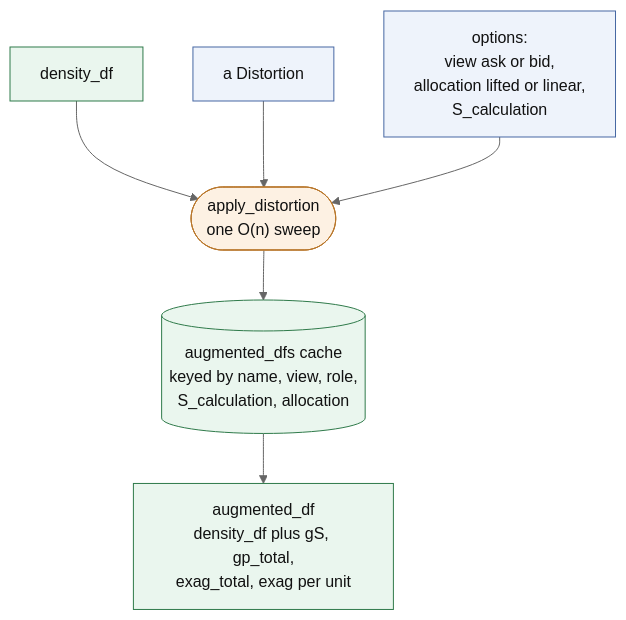
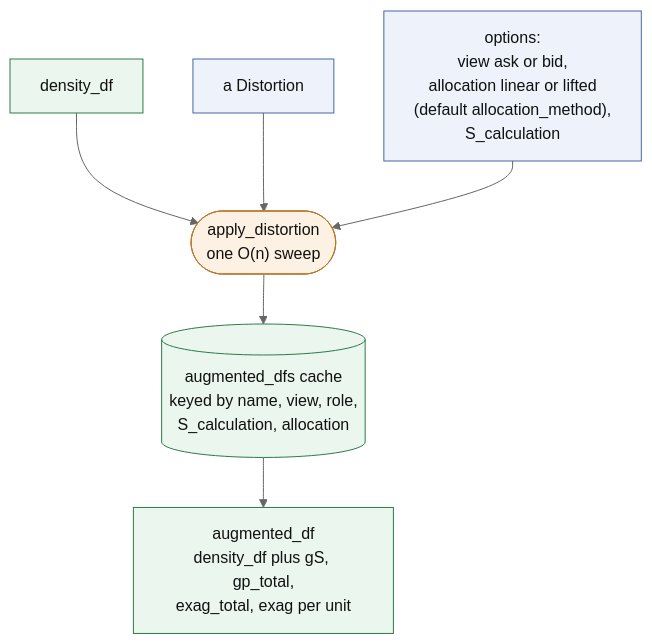
The diagram in docs/flow/_use-pricing-augmented.md (mynl/aggregate), drawn with Mermaid (neutral theme) before and after one commit. The commit also changed other lines of this file and 17 other files, not shown here.

Commit message:
[Allocation-Default-Linear] a265: the pentagon surface honors allocation_method, and ccoc allocates on an unbounded book at a finite anchor

````diff
--- a/docs/flow/_use-pricing-augmented.md
+++ b/docs/flow/_use-pricing-augmented.md
@@ -5,25 +5,25 @@
 ```{mermaid}
 %%| label: fig-augmented
 %%| fig-cap: "One frame per option set, all asset levels, cached until the density changes."
 flowchart TD
     dens["density_df"]
     dist["a Distortion"]
-    opts["options:<br/>view ask or bid,<br/>allocation lifted or linear,<br/>S_calculation"]
+    opts["options:<br/>view ask or bid,<br/>allocation linear or lifted<br/>(default allocation_method),<br/>S_calculation"]
 
     apply(["apply_distortion<br/>one O(n) sweep"])
     cache[("augmented_dfs cache<br/>keyed by name, view, role,<br/>S_calculation, allocation")]
     aug["augmented_df<br/>density_df plus gS, gp_total,<br/>exag_total, exag per unit"]
 
     dens --> apply
     dist --> apply
     opts --> apply
     apply --> cache
     cache --> aug
 
     classDef cIn fill:#eef3fb,stroke:#4667a3,color:#111;
     classDef cEn fill:#fdf1e3,stroke:#b8762a,color:#111;
     classDef cFr fill:#eaf6ee,stroke:#2f7a4a,color:#111;
     class dens,aug,cache cFr;
     class dist,opts cIn;
     class apply cEn;
 ```
````
